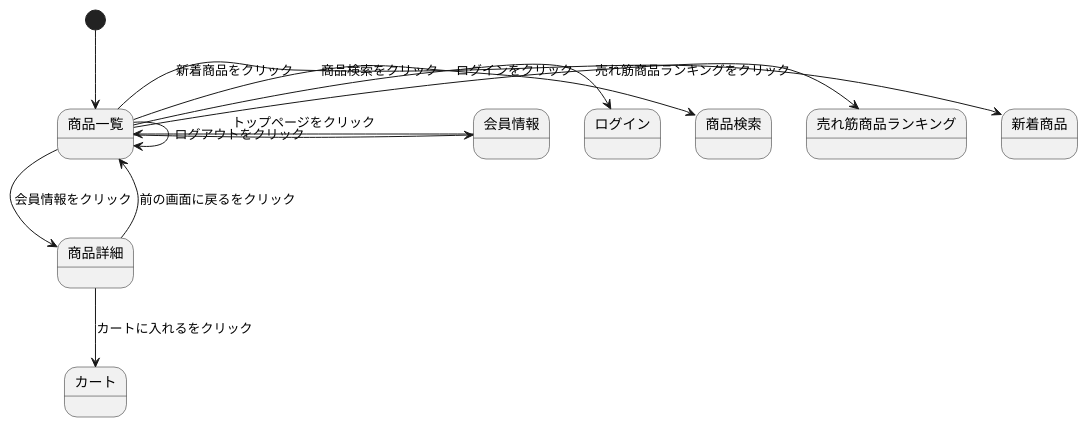
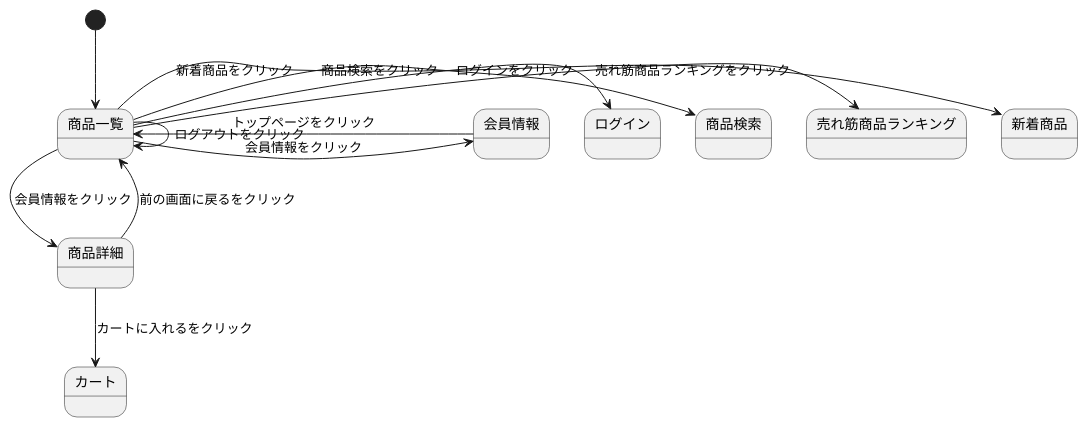
One commit to Aso2001369/2021sys-design changed the diagram in stmmyshop.md. Above: the diagram before and after it, drawn with PlantUML.

````diff
--- a/stmmyshop.md
+++ b/stmmyshop.md
@@ -1,16 +1,16 @@
 ```uml
 @startuml
 
 [*] --> 商品一覧
 商品一覧 -> 新着商品 : 新着商品をクリック
 商品一覧 -> 売れ筋商品ランキング : 売れ筋商品ランキングをクリック
 商品一覧 -> 商品検索 : 商品検索をクリック
 商品一覧 -> 商品詳細 : 会員情報をクリック
 商品一覧 -> ログイン : ログインをクリック
 商品一覧 -> 商品一覧 : ログアウトをクリック
-商品一覧 -> 会員情報
+商品一覧 -> 会員情報 : 会員情報をクリック
 商品詳細 --> カート : カートに入れるをクリック
 商品詳細 --> 商品一覧 : 前の画面に戻るをクリック
 会員情報 -> 商品一覧 : トップページをクリック
 @enduml
 ```
````
